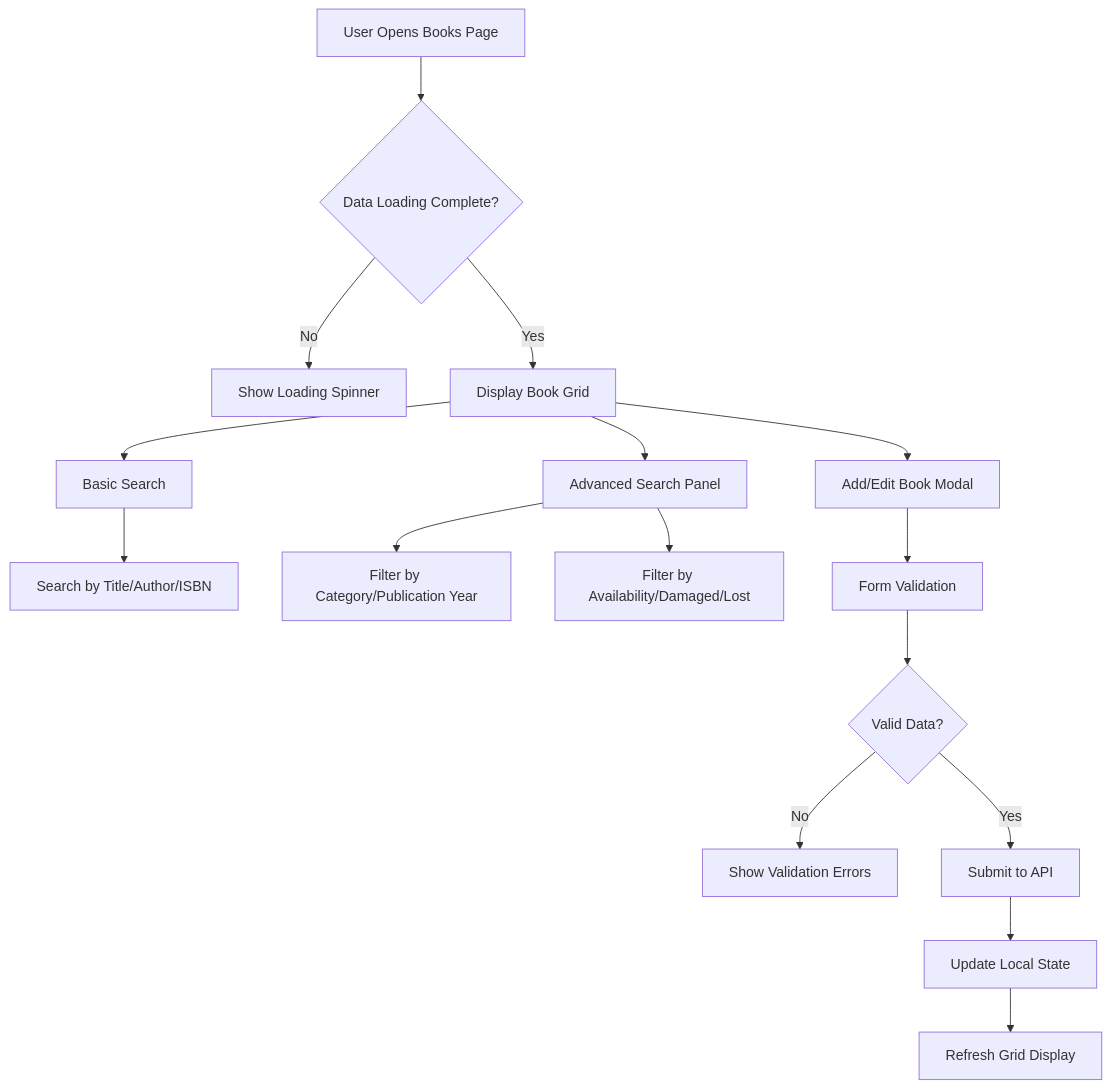
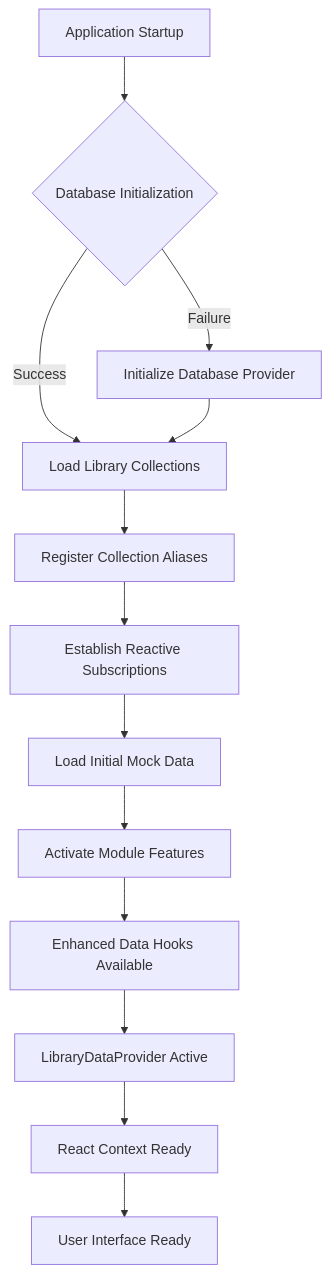
The fourth of 8 diagrams in .qoder/repowiki/en/content/Modules System/Library Module.md (geniusdynamics/schoolpilot), drawn with Mermaid before and after one commit. The commit also changed other lines of this file and 16 other files, not shown here.

````diff
--- a/.qoder/repowiki/en/content/Modules System/Library Module.md
+++ b/.qoder/repowiki/en/content/Modules System/Library Module.md
@@ -205,18 +251,15 @@
 ```mermaid
 flowchart TD
-A[User Opens Books Page] --> B{Data Loading Complete?}
-B --> |No| C[Show Loading Spinner]
-B --> |Yes| D[Display Book Grid]
-D --> E[Basic Search]
-D --> F[Advanced Search Panel]
-D --> G[Add/Edit Book Modal]
-E --> H[Search by Title/Author/ISBN]
-F --> I[Filter by Category/Publication Year]
-F --> J[Filter by Availability/Damaged/Lost]
-G --> K[Form Validation]
-K --> L{Valid Data?}
-L --> |No| M[Show Validation Errors]
-L --> |Yes| N[Submit to API]
-N --> O[Update Local State]
-O --> P[Refresh Grid Display]
+A[Application Startup] --> B{Database Initialization}
+B --> |Success| C[Load Library Collections]
+B --> |Failure| D[Initialize Database Provider]
+C --> E[Register Collection Aliases]
+E --> F[Establish Reactive Subscriptions]
+F --> G[Load Initial Mock Data]
+G --> H[Activate Module Features]
+D --> C
+H --> I[Enhanced Data Hooks Available]
+I --> J[LibraryDataProvider Active]
+J --> K[React Context Ready]
+K --> L[User Interface Ready]
 ```
````
